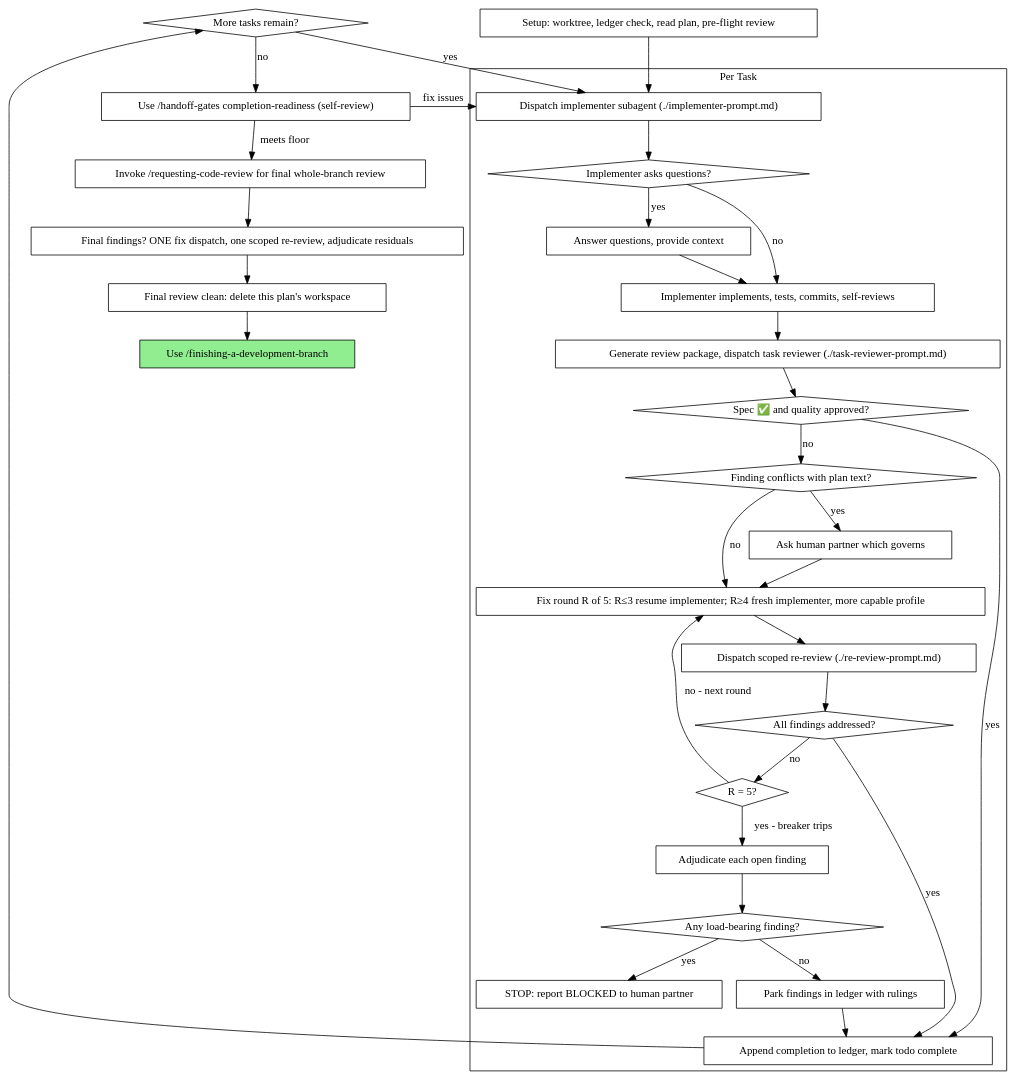
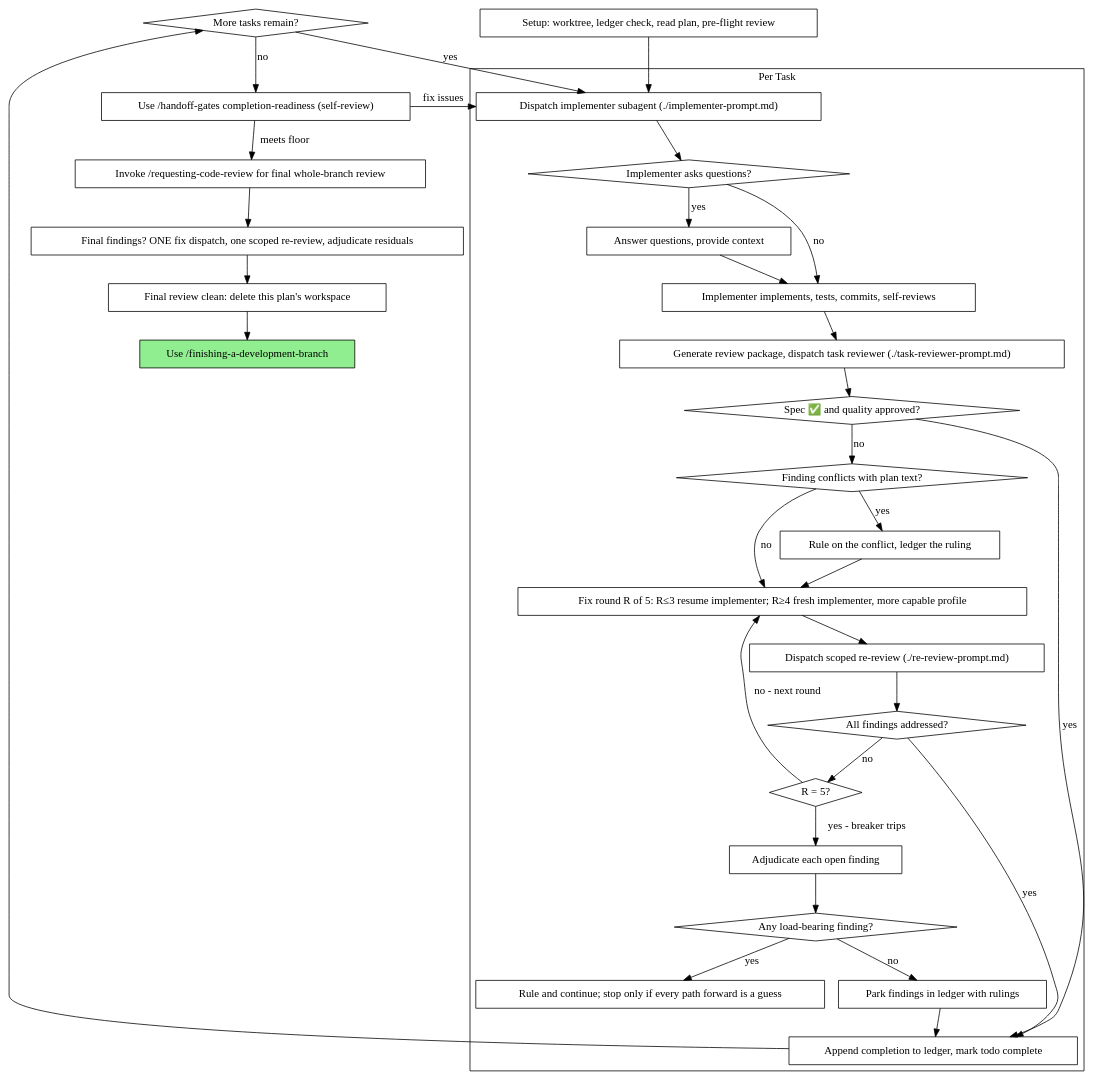
One commit to HarleyBartles/agent-asset-marketplace changed the second of 2 diagrams in codex-marketplace/plugins/superpowers-plus/skills/subagent-driven-development/SKILL.md. Above: the diagram before and after it, drawn with Graphviz. The commit also changed other lines of this file and 94 other files, not shown here.

````diff
--- a/codex-marketplace/plugins/superpowers-plus/skills/subagent-driven-development/SKILL.md
+++ b/codex-marketplace/plugins/superpowers-plus/skills/subagent-driven-development/SKILL.md
@@ -77,65 +91,65 @@
 ```dot
 digraph process {
     rankdir=TB;
 
     subgraph cluster_per_task {
         label="Per Task";
         "Dispatch implementer subagent (./implementer-prompt.md)" [shape=box];
         "Implementer asks questions?" [shape=diamond];
         "Answer questions, provide context" [shape=box];
         "Implementer implements, tests, commits, self-reviews" [shape=box];
         "Generate review package, dispatch task reviewer (./task-reviewer-prompt.md)" [shape=box];
         "Spec ✅ and quality approved?" [shape=diamond];
         "Finding conflicts with plan text?" [shape=diamond];
-        "Ask human partner which governs" [shape=box];
+        "Rule on the conflict, ledger the ruling" [shape=box];
         "Fix round R of 5: R≤3 resume implementer; R≥4 fresh implementer, more capable profile" [shape=box];
         "Dispatch scoped re-review (./re-review-prompt.md)" [shape=box];
         "All findings addressed?" [shape=diamond];
         "R = 5?" [shape=diamond];
         "Adjudicate each open finding" [shape=box];
         "Any load-bearing finding?" [shape=diamond];
-        "STOP: report BLOCKED to human partner" [shape=box];
+        "Rule and continue; stop only if every path forward is a guess" [shape=box];
         "Park findings in ledger with rulings" [shape=box];
         "Append completion to ledger, mark todo complete" [shape=box];
     }
 
     "Setup: worktree, ledger check, read plan, pre-flight review" [shape=box];
     "More tasks remain?" [shape=diamond];
     "Use /handoff-gates completion-readiness (self-review)" [shape=box];
     "Invoke /requesting-code-review for final whole-branch review" [shape=box];
     "Final findings? ONE fix dispatch, one scoped re-review, adjudicate residuals" [shape=box];
     "Final review clean: delete this plan's workspace" [shape=box];
     "Use /finishing-a-development-branch" [shape=box style=filled fillcolor=lightgreen];
 
     "Setup: worktree, ledger check, read plan, pre-flight review" -> "Dispatch implementer subagent (./implementer-prompt.md)";
     "Dispatch implementer subagent (./implementer-prompt.md)" -> "Implementer asks questions?";
     "Implementer asks questions?" -> "Answer questions, provide context" [label="yes"];
     "Answer questions, provide context" -> "Implementer implements, tests, commits, self-reviews";
     "Implementer asks questions?" -> "Implementer implements, tests, commits, self-reviews" [label="no"];
     "Implementer implements, tests, commits, self-reviews" -> "Generate review package, dispatch task reviewer (./task-reviewer-prompt.md)";
     "Generate review package, dispatch task reviewer (./task-reviewer-prompt.md)" -> "Spec ✅ and quality approved?";
     "Spec ✅ and quality approved?" -> "Append completion to ledger, mark todo complete" [label="yes"];
     "Spec ✅ and quality approved?" -> "Finding conflicts with plan text?" [label="no"];
-    "Finding conflicts with plan text?" -> "Ask human partner which governs" [label="yes"];
-    "Ask human partner which governs" -> "Fix round R of 5: R≤3 resume implementer; R≥4 fresh implementer, more capable profile";
+    "Finding conflicts with plan text?" -> "Rule on the conflict, ledger the ruling" [label="yes"];
+    "Rule on the conflict, ledger the ruling" -> "Fix round R of 5: R≤3 resume implementer; R≥4 fresh implementer, more capable profile";
     "Finding conflicts with plan text?" -> "Fix round R of 5: R≤3 resume implementer; R≥4 fresh implementer, more capable profile" [label="no"];
     "Fix round R of 5: R≤3 resume implementer; R≥4 fresh implementer, more capable profile" -> "Dispatch scoped re-review (./re-review-prompt.md)";
     "Dispatch scoped re-review (./re-review-prompt.md)" -> "All findings addressed?";
     "All findings addressed?" -> "Append completion to ledger, mark todo complete" [label="yes"];
     "All findings addressed?" -> "R = 5?" [label="no"];
     "R = 5?" -> "Fix round R of 5: R≤3 resume implementer; R≥4 fresh implementer, more capable profile" [label="no - next round"];
     "R = 5?" -> "Adjudicate each open finding" [label="yes - breaker trips"];
     "Adjudicate each open finding" -> "Any load-bearing finding?";
-    "Any load-bearing finding?" -> "STOP: report BLOCKED to human partner" [label="yes"];
+    "Any load-bearing finding?" -> "Rule and continue; stop only if every path forward is a guess" [label="yes"];
     "Any load-bearing finding?" -> "Park findings in ledger with rulings" [label="no"];
     "Park findings in ledger with rulings" -> "Append completion to ledger, mark todo complete";
     "Append completion to ledger, mark todo complete" -> "More tasks remain?";
     "More tasks remain?" -> "Dispatch implementer subagent (./implementer-prompt.md)" [label="yes"];
     "More tasks remain?" -> "Use /handoff-gates completion-readiness (self-review)" [label="no"];
     "Use /handoff-gates completion-readiness (self-review)" -> "Invoke /requesting-code-review for final whole-branch review" [label="meets floor"];
     "Use /handoff-gates completion-readiness (self-review)" -> "Dispatch implementer subagent (./implementer-prompt.md)" [label="fix issues"];
     "Invoke /requesting-code-review for final whole-branch review" -> "Final findings? ONE fix dispatch, one scoped re-review, adjudicate residuals";
     "Final findings? ONE fix dispatch, one scoped re-review, adjudicate residuals" -> "Final review clean: delete this plan's workspace";
     "Final review clean: delete this plan's workspace" -> "Use /finishing-a-development-branch";
 }
 ```
````
